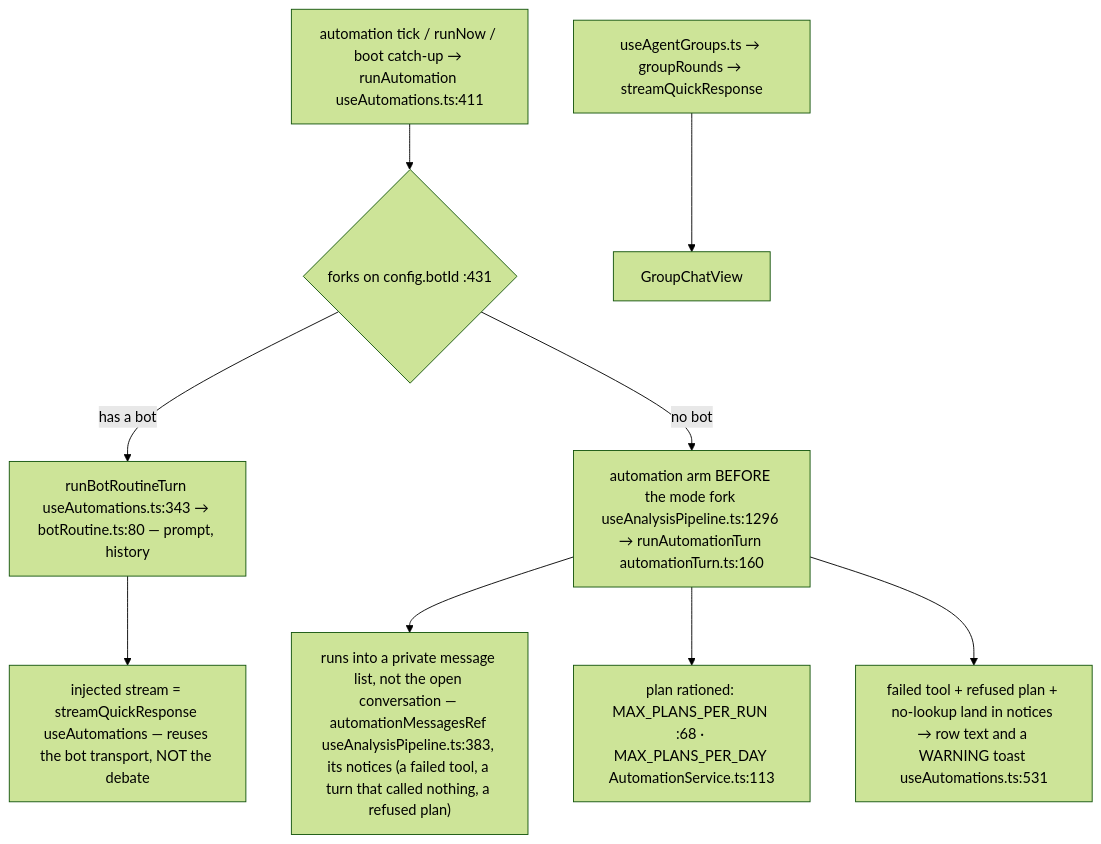
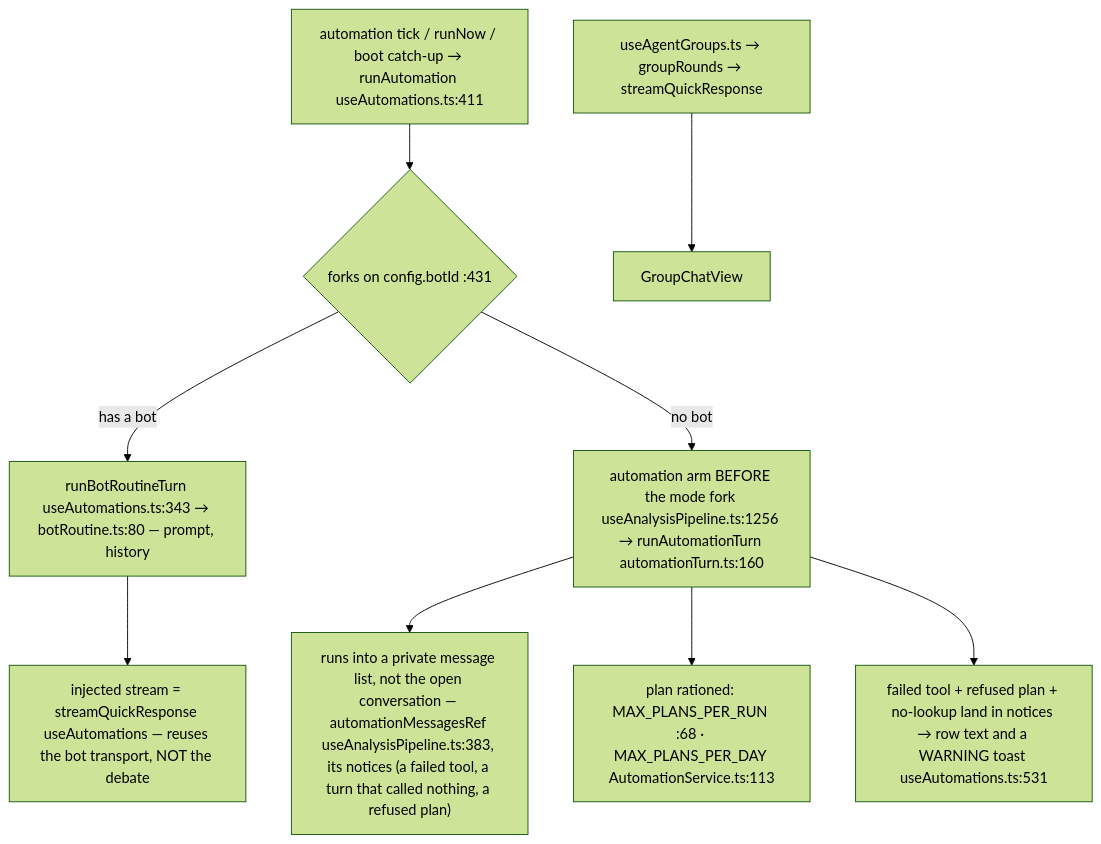
Before and after one commit to Acepay25/august-3.5: the fifth of 7 diagrams in docs/app-flow.md, drawn with Mermaid (forest theme). The commit also changed other lines of this file and 5 other files, not shown here.

First line of the commit message:
refactor(pipeline): stop refusing sends over seats the run never uses

````diff
--- a/docs/app-flow.md
+++ b/docs/app-flow.md
@@ -253,11 +253,11 @@
 ```mermaid
 flowchart TD
     TK["automation tick / runNow / boot catch-up → runAutomation useAutomations.ts:411"] --> D{"forks on config.botId :431"}
     D -->|has a bot| BR["runBotRoutineTurn useAutomations.ts:343 → botRoutine.ts:80 — prompt, history"]
     BR --> ST["injected stream = streamQuickResponse useAutomations — reuses the bot transport, NOT the debate"]
-    D -->|no bot| AT["automation arm BEFORE the mode fork useAnalysisPipeline.ts:1296 → runAutomationTurn automationTurn.ts:160"]
+    D -->|no bot| AT["automation arm BEFORE the mode fork useAnalysisPipeline.ts:1256 → runAutomationTurn automationTurn.ts:160"]
     AT --> PRIV["runs into a private message list, not the open conversation — automationMessagesRef useAnalysisPipeline.ts:383, its notices (a failed tool, a turn that called nothing, a refused plan)"]
     AT --> CAP["plan rationed: MAX_PLANS_PER_RUN :68 · MAX_PLANS_PER_DAY AutomationService.ts:113"]
     AT --> FAIL["failed tool + refused plan + no-lookup land in notices → row text and a WARNING toast useAutomations.ts:531"]
     GR["useAgentGroups.ts → groupRounds → streamQuickResponse"] --> GV["GroupChatView"]
 ```
````
